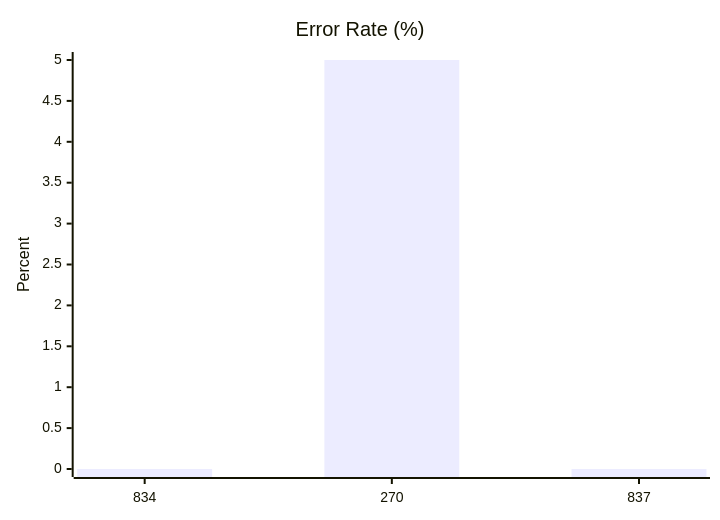
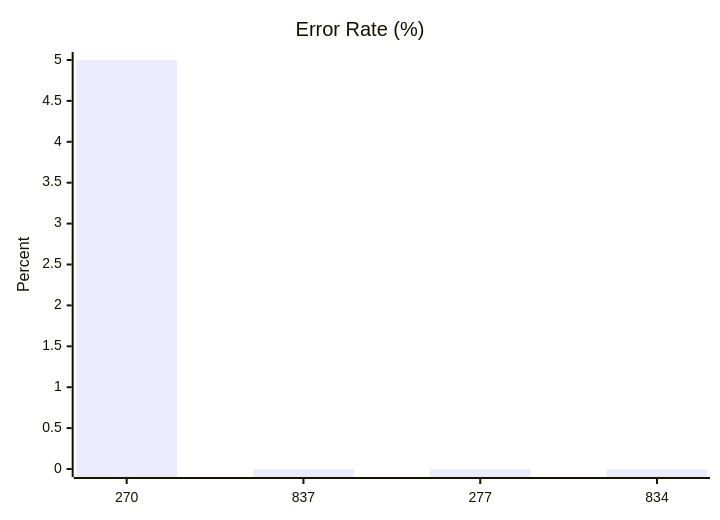
One commit to dhagan-va/intern-2025 changed the fourth of 10 diagrams in test-tools/DataGen/src/Statistics_Visualizer.md. Above: the diagram before and after it, drawn with Mermaid. The commit also changed other lines of this file, not shown here.

````diff
--- a/test-tools/DataGen/src/Statistics_Visualizer.md
+++ b/test-tools/DataGen/src/Statistics_Visualizer.md
@@ -48,7 +49,7 @@
 ```mermaid
 xychart-beta
     title "Error Rate (%)"
-    x-axis ["834", "270", "837"]
+    x-axis ["270", "837", "277", "834"]
     y-axis "Percent" 0 --> 5
-    bar [0, 5.0, 0]
+    bar [5.0, 0, 0, 0]
 ```
````
